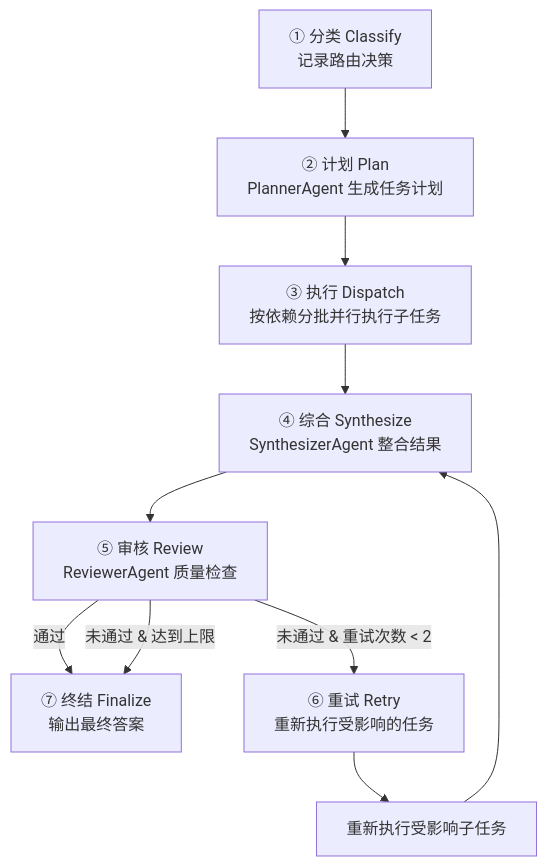
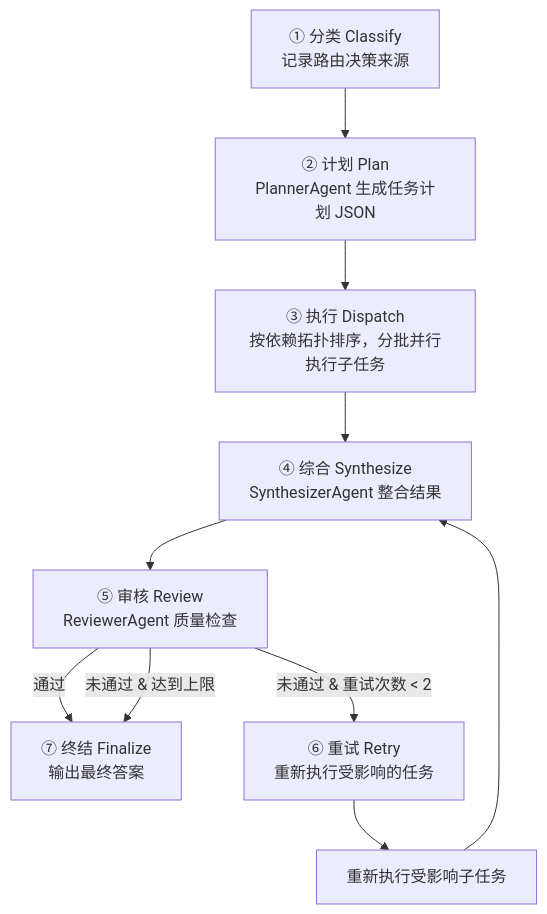
Before and after one commit to MikeLINGxZ/justchat: the fifth of 8 diagrams in docs/agent-flow.md, drawn with Mermaid. The commit also changed other lines of this file and 17 other files, not shown here.

````diff
--- a/docs/agent-flow.md
+++ b/docs/agent-flow.md
@@ -257,12 +636,12 @@
 ```mermaid
 flowchart TD
-    S1["① 分类 Classify<br/>记录路由决策"] --> S2["② 计划 Plan<br/>PlannerAgent 生成任务计划"]
-    S2 --> S3["③ 执行 Dispatch<br/>按依赖分批并行执行子任务"]
+    S1["① 分类 Classify<br/>记录路由决策来源"] --> S2["② 计划 Plan<br/>PlannerAgent 生成任务计划 JSON"]
+    S2 --> S3["③ 执行 Dispatch<br/>按依赖拓扑排序，分批并行执行子任务"]
     S3 --> S4["④ 综合 Synthesize<br/>SynthesizerAgent 整合结果"]
     S4 --> S5["⑤ 审核 Review<br/>ReviewerAgent 质量检查"]
     S5 -->|通过| S7["⑦ 终结 Finalize<br/>输出最终答案"]
     S5 -->|未通过 & 重试次数 < 2| S6["⑥ 重试 Retry<br/>重新执行受影响的任务"]
     S6 --> S3_2["重新执行受影响子任务"]
     S3_2 --> S4
     S5 -->|未通过 & 达到上限| S7
 ```
````
